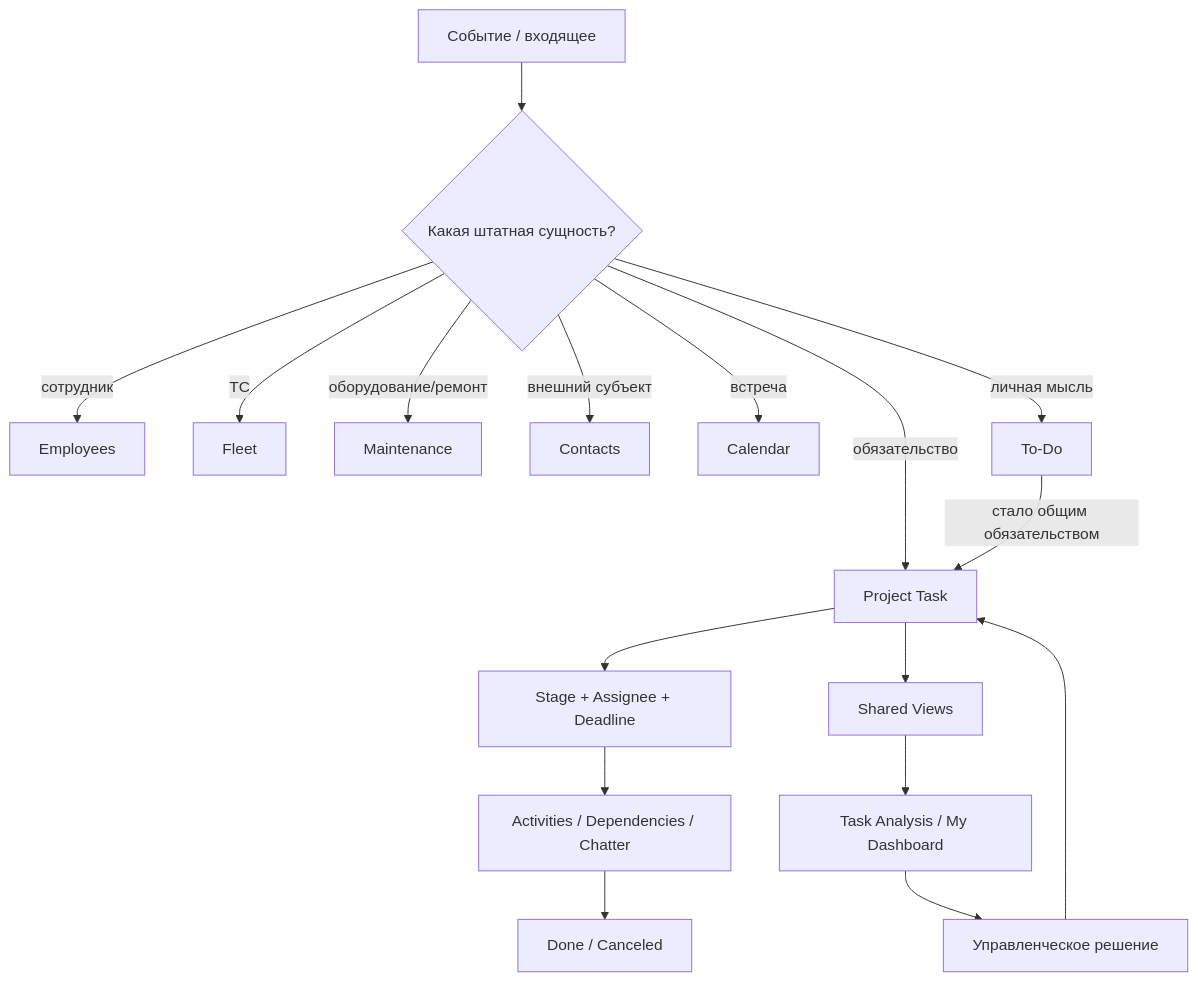
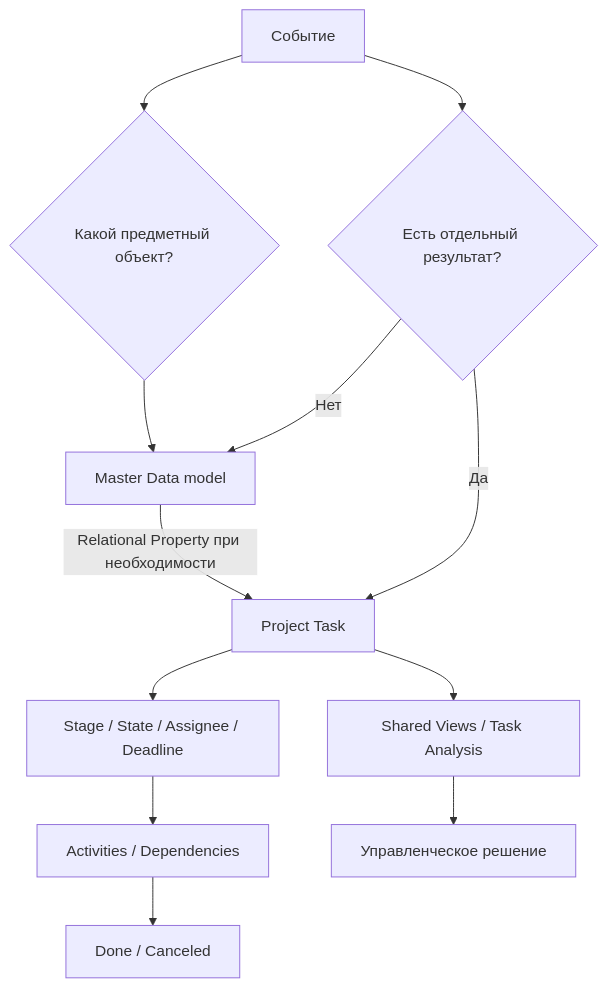
Before and after one commit to lazuale/department: the second of 2 diagrams in docs/01-methodology.md, drawn with Mermaid. The commit also changed other lines of this file, not shown here.

Commit message:
Перестроить модель вокруг relational Properties

````diff
--- a/docs/01-methodology.md
+++ b/docs/01-methodology.md
@@ -629,20 +467,14 @@
 ```mermaid
 flowchart TD
-    A[Событие / входящее] --> B{Какая штатная сущность?}
-    B -->|сотрудник| E[Employees]
-    B -->|ТС| F[Fleet]
-    B -->|оборудование/ремонт| M[Maintenance]
-    B -->|внешний субъект| C[Contacts]
-    B -->|встреча| K[Calendar]
-    B -->|личная мысль| O[To-Do]
-    B -->|обязательство| T[Project Task]
-
-    O -->|стало общим обязательством| T
-    T --> Q[Stage + Assignee + Deadline]
-    Q --> N[Activities / Dependencies / Chatter]
-    N --> R[Done / Canceled]
-    T --> V[Shared Views]
-    V --> D[Task Analysis / My Dashboard]
-    D --> U[Управленческое решение]
-    U --> T
+    A[Событие] --> B{Какой предметный объект?}
+    B --> M[Master Data model]
+    A --> C{Есть отдельный результат?}
+    C -- Нет --> M
+    C -- Да --> T[Project Task]
+    M -->|Relational Property при необходимости| T
+    T --> W[Stage / State / Assignee / Deadline]
+    W --> X[Activities / Dependencies]
+    X --> D[Done / Canceled]
+    T --> V[Shared Views / Task Analysis]
+    V --> R[Управленческое решение]
 ```
````
